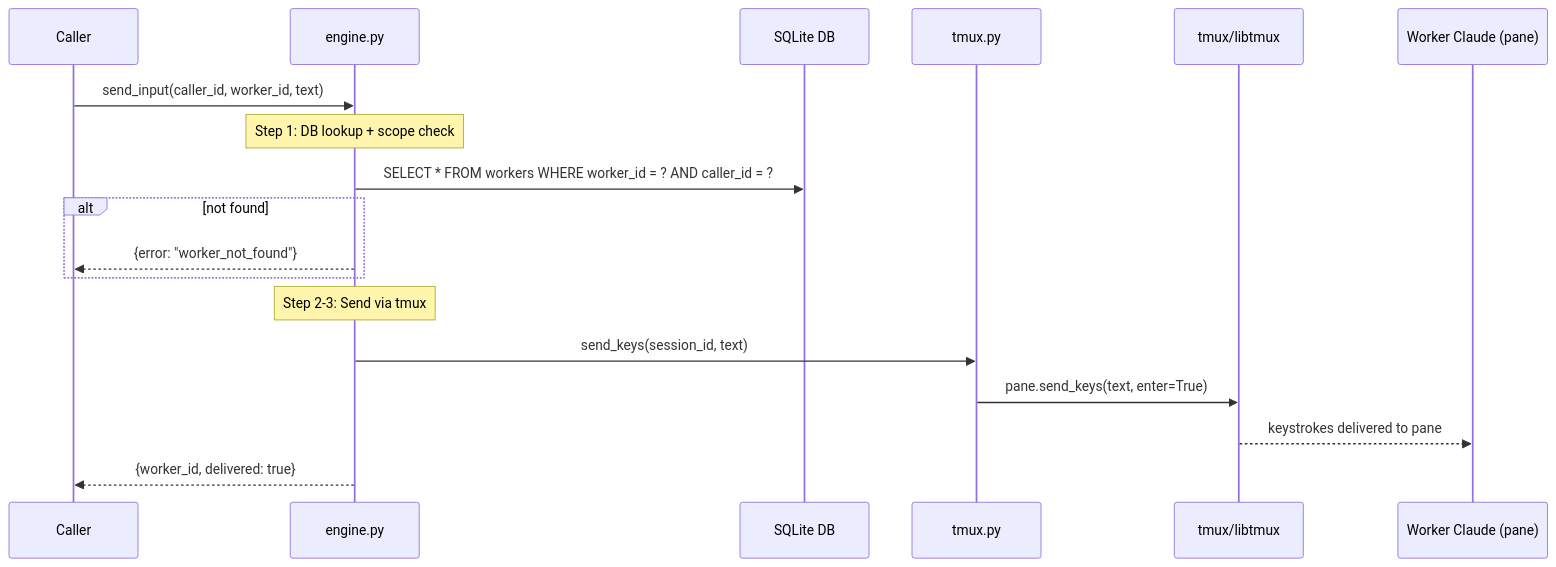
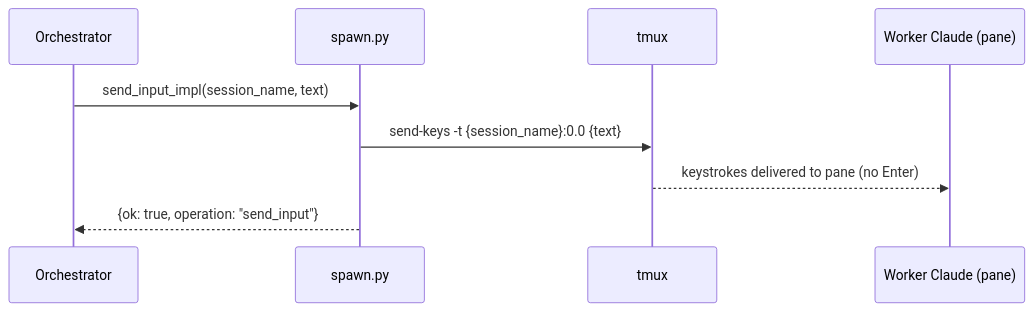
One commit to gabemahoney/waggle changed the diagram in docs/architecture/send_input.md. Above: the diagram before and after it, drawn with Mermaid. The commit also changed other lines of this file and 43 other files, not shown here.

````diff
--- a/docs/architecture/send_input.md
+++ b/docs/architecture/send_input.md
@@ -40,24 +37,14 @@
 ```mermaid
 sequenceDiagram
-    participant C as Caller
-    participant E as engine.py
-    participant DB as SQLite DB
-    participant TM as tmux.py
-    participant TX as tmux/libtmux
+    participant O as Orchestrator
+    participant S as spawn.py
+    participant TX as tmux
     participant W as Worker Claude (pane)
 
-    C->>E: send_input(caller_id, worker_id, text)
+    O->>S: send_input_impl(session_name, text)
 
-    Note over E: Step 1: DB lookup + scope check
-    E->>DB: SELECT * FROM workers WHERE worker_id = ? AND caller_id = ?
-    alt not found
-        E-->>C: {error: "worker_not_found"}
-    end
+    S->>TX: send-keys -t {session_name}:0.0 {text}
+    TX-->>W: keystrokes delivered to pane (no Enter)
 
-    Note over E: Step 2-3: Send via tmux
-    E->>TM: send_keys(session_id, text)
-    TM->>TX: pane.send_keys(text, enter=True)
-    TX-->>W: keystrokes delivered to pane
-
-    E-->>C: {worker_id, delivered: true}
+    S-->>O: {ok: true, operation: "send_input"}
 ```
````
